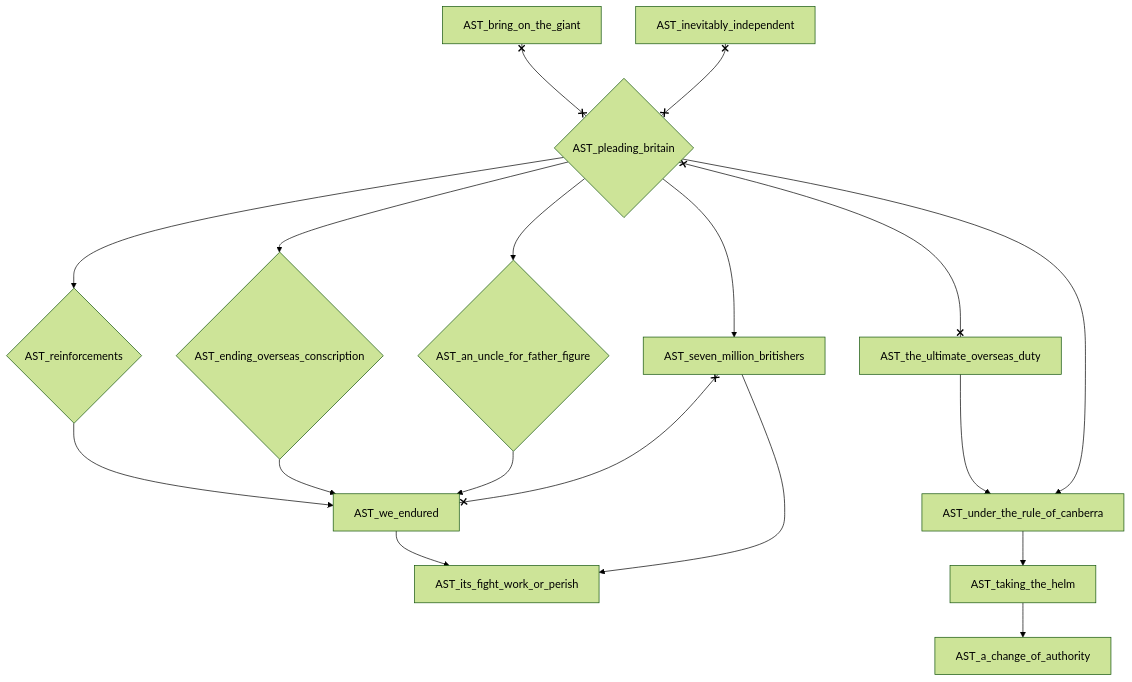
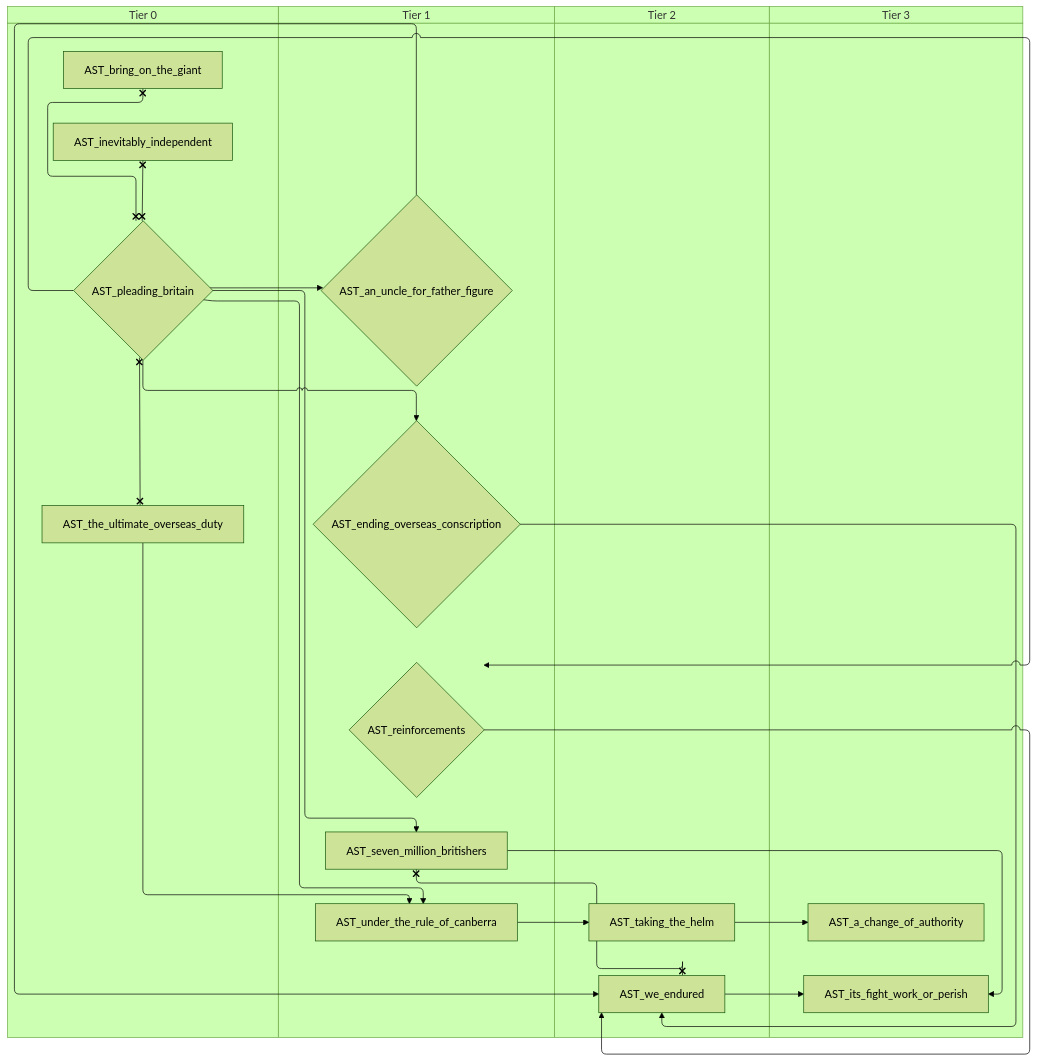
One commit to evgeny-sobol/hoi4-sandbox-mode-r56 changed the ninth of 15 diagrams in docs/gdd/National Focuses/r56/australia_taog.md. Above: the diagram before and after it, drawn with Mermaid (forest theme). The commit also changed other lines of this file and 423 other files, not shown here.

First line of the commit message:
Re-export Rt56 focus trees as swimlane diagrams

````diff
--- a/docs/gdd/National Focuses/r56/australia_taog.md
+++ b/docs/gdd/National Focuses/r56/australia_taog.md
@@ -463,33 +551,41 @@
 ```mermaid
-flowchart TD
-    n169["AST_a_change_of_authority"]
-    n170{"AST_an_uncle_for_father_figure"}
-    n140["AST_bring_on_the_giant"]
-    n171{"AST_ending_overseas_conscription"}
-    n144["AST_inevitably_independent"]
-    n172["AST_its_fight_work_or_perish"]
-    n145{"AST_pleading_britain"}
-    n173{"AST_reinforcements"}
-    n174["AST_seven_million_britishers"]
-    n175["AST_taking_the_helm"]
-    n148["AST_the_ultimate_overseas_duty"]
-    n176["AST_under_the_rule_of_canberra"]
-    n177["AST_we_endured"]
-    n175 --> n169
-    n145 --> n170
-    n145 --> n171
-    n177 --> n172
-    n174 --> n172
-    n145 --> n173
-    n145 --> n174
-    n176 --> n175
-    n148 --> n176
-    n145 --> n176
-    n173 --> n177
-    n171 --> n177
-    n170 --> n177
-    n140 x--x n145
-    n144 x--x n145
-    n145 x--x n148
-    n174 x--x n177
+swimlane-beta TD
+    subgraph tier_0["Tier 0"]
+        n138["AST_bring_on_the_giant"]
+        n139["AST_inevitably_independent"]
+        n140{"AST_pleading_britain"}
+        n141["AST_the_ultimate_overseas_duty"]
+    end
+    subgraph tier_1["Tier 1"]
+        n169{"AST_an_uncle_for_father_figure"}
+        n170{"AST_ending_overseas_conscription"}
+        n171{"AST_reinforcements"}
+        n172["AST_seven_million_britishers"]
+        n173["AST_under_the_rule_of_canberra"]
+    end
+    subgraph tier_2["Tier 2"]
+        n174["AST_taking_the_helm"]
+        n175["AST_we_endured"]
+    end
+    subgraph tier_3["Tier 3"]
+        n176["AST_a_change_of_authority"]
+        n177["AST_its_fight_work_or_perish"]
+    end
+    n174 --> n176
+    n140 --> n169
+    n140 --> n170
+    n175 --> n177
+    n172 --> n177
+    n140 --> n171
+    n140 --> n172
+    n173 --> n174
+    n141 --> n173
+    n140 --> n173
+    n171 --> n175
+    n170 --> n175
+    n169 --> n175
+    n138 x--x n140
+    n139 x--x n140
+    n140 x--x n141
+    n172 x--x n175
 ```
````
